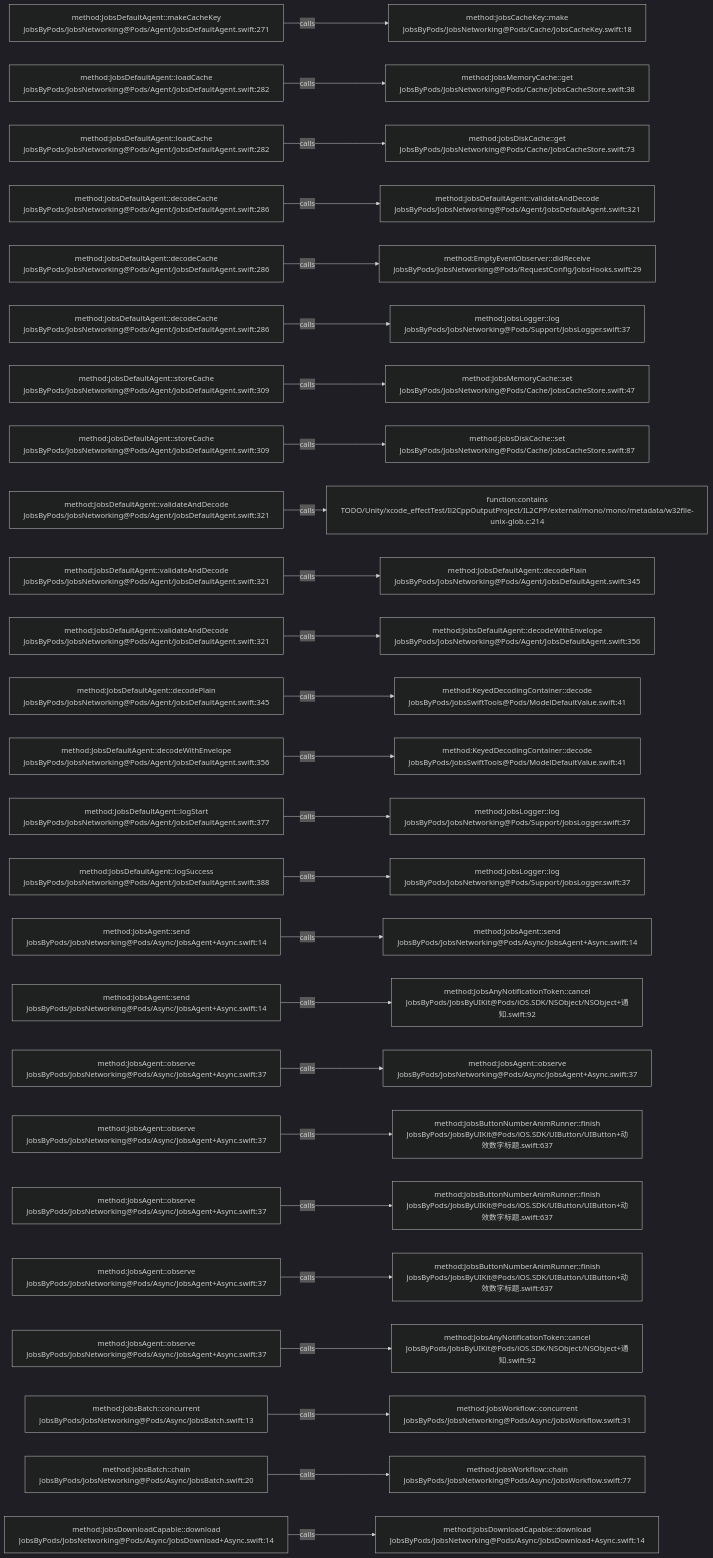
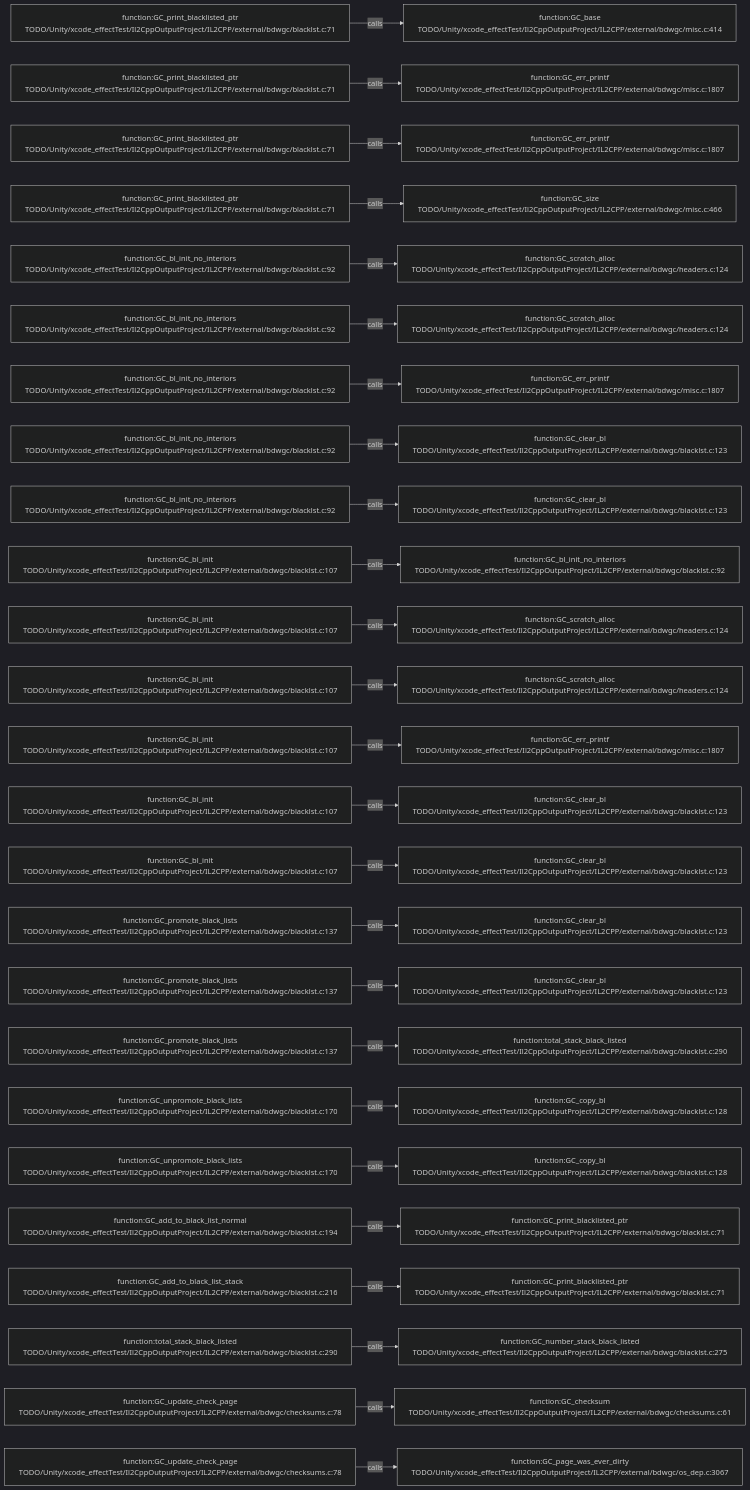
Before and after one commit to JobsKits/JobsSwiftBaseConfigDemo: the diagram in .codegraph/codegraph.md/graphs/calls-149.md, drawn with Mermaid (dark theme). The commit also changed 569 other files, not shown here.

````diff
--- a/.codegraph/codegraph.md/graphs/calls-149.md
+++ b/.codegraph/codegraph.md/graphs/calls-149.md
@@ -13,78 +13,78 @@
 ```mermaid
 flowchart LR
-  S1["method:JobsDefaultAgent::makeCacheKey<br/>JobsByPods/JobsNetworking@Pods/Agent/JobsDefaultAgent.swift:271"]
-  T1["method:JobsCacheKey::make<br/>JobsByPods/JobsNetworking@Pods/Cache/JobsCacheKey.swift:18"]
+  S1["function:GC_print_blacklisted_ptr<br/>TODO/Unity/xcode_effectTest/Il2CppOutputProject/IL2CPP/external/bdwgc/blacklst.c:71"]
+  T1["function:GC_base<br/>TODO/Unity/xcode_effectTest/Il2CppOutputProject/IL2CPP/external/bdwgc/misc.c:414"]
   S1 -->|calls| T1
-  S2["method:JobsDefaultAgent::loadCache<br/>JobsByPods/JobsNetworking@Pods/Agent/JobsDefaultAgent.swift:282"]
-  T2["method:JobsMemoryCache::get<br/>JobsByPods/JobsNetworking@Pods/Cache/JobsCacheStore.swift:38"]
+  S2["function:GC_print_blacklisted_ptr<br/>TODO/Unity/xcode_effectTest/Il2CppOutputProject/IL2CPP/external/bdwgc/blacklst.c:71"]
+  T2["function:GC_err_printf<br/>TODO/Unity/xcode_effectTest/Il2CppOutputProject/IL2CPP/external/bdwgc/misc.c:1807"]
   S2 -->|calls| T2
-  S3["method:JobsDefaultAgent::loadCache<br/>JobsByPods/JobsNetworking@Pods/Agent/JobsDefaultAgent.swift:282"]
-  T3["method:JobsDiskCache::get<br/>JobsByPods/JobsNetworking@Pods/Cache/JobsCacheStore.swift:73"]
+  S3["function:GC_print_blacklisted_ptr<br/>TODO/Unity/xcode_effectTest/Il2CppOutputProject/IL2CPP/external/bdwgc/blacklst.c:71"]
+  T3["function:GC_err_printf<br/>TODO/Unity/xcode_effectTest/Il2CppOutputProject/IL2CPP/external/bdwgc/misc.c:1807"]
   S3 -->|calls| T3
-  S4["method:JobsDefaultAgent::decodeCache<br/>JobsByPods/JobsNetworking@Pods/Agent/JobsDefaultAgent.swift:286"]
-  T4["method:JobsDefaultAgent::validateAndDecode<br/>JobsByPods/JobsNetworking@Pods/Agent/JobsDefaultAgent.swift:321"]
+  S4["function:GC_print_blacklisted_ptr<br/>TODO/Unity/xcode_effectTest/Il2CppOutputProject/IL2CPP/external/bdwgc/blacklst.c:71"]
+  T4["function:GC_size<br/>TODO/Unity/xcode_effectTest/Il2CppOutputProject/IL2CPP/external/bdwgc/misc.c:466"]
   S4 -->|calls| T4
-  S5["method:JobsDefaultAgent::decodeCache<br/>JobsByPods/JobsNetworking@Pods/Agent/JobsDefaultAgent.swift:286"]
-  T5["method:EmptyEventObserver::didReceive<br/>JobsByPods/JobsNetworking@Pods/RequestConfig/JobsHooks.swift:29"]
+  S5["function:GC_bl_init_no_interiors<br/>TODO/Unity/xcode_effectTest/Il2CppOutputProject/IL2CPP/external/bdwgc/blacklst.c:92"]
+  T5["function:GC_scratch_alloc<br/>TODO/Unity/xcode_effectTest/Il2CppOutputProject/IL2CPP/external/bdwgc/headers.c:124"]
   S5 -->|calls| T5
-  S6["method:JobsDefaultAgent::decodeCache<br/>JobsByPods/JobsNetworking@Pods/Agent/JobsDefaultAgent.swift:286"]
-  T6["method:JobsLogger::log<br/>JobsByPods/JobsNetworking@Pods/Support/JobsLogger.swift:37"]
+  S6["function:GC_bl_init_no_interiors<br/>TODO/Unity/xcode_effectTest/Il2CppOutputProject/IL2CPP/external/bdwgc/blacklst.c:92"]
+  T6["function:GC_scratch_alloc<br/>TODO/Unity/xcode_effectTest/Il2CppOutputProject/IL2CPP/external/bdwgc/headers.c:124"]
   S6 -->|calls| T6
-  S7["method:JobsDefaultAgent::storeCache<br/>JobsByPods/JobsNetworking@Pods/Agent/JobsDefaultAgent.swift:309"]
-  T7["method:JobsMemoryCache::set<br/>JobsByPods/JobsNetworking@Pods/Cache/JobsCacheStore.swift:47"]
+  S7["function:GC_bl_init_no_interiors<br/>TODO/Unity/xcode_effectTest/Il2CppOutputProject/IL2CPP/external/bdwgc/blacklst.c:92"]
+  T7["function:GC_err_printf<br/>TODO/Unity/xcode_effectTest/Il2CppOutputProject/IL2CPP/external/bdwgc/misc.c:1807"]
   S7 -->|calls| T7
-  S8["method:JobsDefaultAgent::storeCache<br/>JobsByPods/JobsNetworking@Pods/Agent/JobsDefaultAgent.swift:309"]
-  T8["method:JobsDiskCache::set<br/>JobsByPods/JobsNetworking@Pods/Cache/JobsCacheStore.swift:87"]
+  S8["function:GC_bl_init_no_interiors<br/>TODO/Unity/xcode_effectTest/Il2CppOutputProject/IL2CPP/external/bdwgc/blacklst.c:92"]
+  T8["function:GC_clear_bl<br/>TODO/Unity/xcode_effectTest/Il2CppOutputProject/IL2CPP/external/bdwgc/blacklst.c:123"]
   S8 -->|calls| T8
-  S9["method:JobsDefaultAgent::validateAndDecode<br/>JobsByPods/JobsNetworking@Pods/Agent/JobsDefaultAgent.swift:321"]
-  T9["function:contains<br/>TODO/Unity/xcode_effectTest/Il2CppOutputProject/IL2CPP/external/mono/mono/metadata/w32file-unix-glob.c:214"]
+  S9["function:GC_bl_init_no_interiors<br/>TODO/Unity/xcode_effectTest/Il2CppOutputProject/IL2CPP/external/bdwgc/blacklst.c:92"]
+  T9["function:GC_clear_bl<br/>TODO/Unity/xcode_effectTest/Il2CppOutputProject/IL2CPP/external/bdwgc/blacklst.c:123"]
   S9 -->|calls| T9
-  S10["method:JobsDefaultAgent::validateAndDecode<br/>JobsByPods/JobsNetworking@Pods/Agent/JobsDefaultAgent.swift:321"]
-  T10["method:JobsDefaultAgent::decodePlain<br/>JobsByPods/JobsNetworking@Pods/Agent/JobsDefaultAgent.swift:345"]
+  S10["function:GC_bl_init<br/>TODO/Unity/xcode_effectTest/Il2CppOutputProject/IL2CPP/external/bdwgc/blacklst.c:107"]
+  T10["function:GC_bl_init_no_interiors<br/>TODO/Unity/xcode_effectTest/Il2CppOutputProject/IL2CPP/external/bdwgc/blacklst.c:92"]
   S10 -->|calls| T10
-  S11["method:JobsDefaultAgent::validateAndDecode<br/>JobsByPods/JobsNetworking@Pods/Agent/JobsDefaultAgent.swift:321"]
-  T11["method:JobsDefaultAgent::decodeWithEnvelope<br/>JobsByPods/JobsNetworking@Pods/Agent/JobsDefaultAgent.swift:356"]
+  S11["function:GC_bl_init<br/>TODO/Unity/xcode_effectTest/Il2CppOutputProject/IL2CPP/external/bdwgc/blacklst.c:107"]
+  T11["function:GC_scratch_alloc<br/>TODO/Unity/xcode_effectTest/Il2CppOutputProject/IL2CPP/external/bdwgc/headers.c:124"]
   S11 -->|calls| T11
-  S12["method:JobsDefaultAgent::decodePlain<br/>JobsByPods/JobsNetworking@Pods/Agent/JobsDefaultAgent.swift:345"]
-  T12["method:KeyedDecodingContainer::decode<br/>JobsByPods/JobsSwiftTools@Pods/ModelDefaultValue.swift:41"]
+  S12["function:GC_bl_init<br/>TODO/Unity/xcode_effectTest/Il2CppOutputProject/IL2CPP/external/bdwgc/blacklst.c:107"]
+  T12["function:GC_scratch_alloc<br/>TODO/Unity/xcode_effectTest/Il2CppOutputProject/IL2CPP/external/bdwgc/headers.c:124"]
   S12 -->|calls| T12
-  S13["method:JobsDefaultAgent::decodeWithEnvelope<br/>JobsByPods/JobsNetworking@Pods/Agent/JobsDefaultAgent.swift:356"]
-  T13["method:KeyedDecodingContainer::decode<br/>JobsByPods/JobsSwiftTools@Pods/ModelDefaultValue.swift:41"]
+  S13["function:GC_bl_init<br/>TODO/Unity/xcode_effectTest/Il2CppOutputProject/IL2CPP/external/bdwgc/blacklst.c:107"]
+  T13["function:GC_err_printf<br/>TODO/Unity/xcode_effectTest/Il2CppOutputProject/IL2CPP/external/bdwgc/misc.c:1807"]
   S13 -->|calls| T13
-  S14["method:JobsDefaultAgent::logStart<br/>JobsByPods/JobsNetworking@Pods/Agent/JobsDefaultAgent.swift:377"]
-  T14["method:JobsLogger::log<br/>JobsByPods/JobsNetworking@Pods/Support/JobsLogger.swift:37"]
+  S14["function:GC_bl_init<br/>TODO/Unity/xcode_effectTest/Il2CppOutputProject/IL2CPP/external/bdwgc/blacklst.c:107"]
+  T14["function:GC_clear_bl<br/>TODO/Unity/xcode_effectTest/Il2CppOutputProject/IL2CPP/external/bdwgc/blacklst.c:123"]
   S14 -->|calls| T14
-  S15["method:JobsDefaultAgent::logSuccess<br/>JobsByPods/JobsNetworking@Pods/Agent/JobsDefaultAgent.swift:388"]
-  T15["method:JobsLogger::log<br/>JobsByPods/JobsNetworking@Pods/Support/JobsLogger.swift:37"]
+  S15["function:GC_bl_init<br/>TODO/Unity/xcode_effectTest/Il2CppOutputProject/IL2CPP/external/bdwgc/blacklst.c:107"]
+  T15["function:GC_clear_bl<br/>TODO/Unity/xcode_effectTest/Il2CppOutputProject/IL2CPP/external/bdwgc/blacklst.c:123"]
   S15 -->|calls| T15
-  S16["method:JobsAgent::send<br/>JobsByPods/JobsNetworking@Pods/Async/JobsAgent+Async.swift:14"]
-  T16["method:JobsAgent::send<br/>JobsByPods/JobsNetworking@Pods/Async/JobsAgent+Async.swift:14"]
+  S16["function:GC_promote_black_lists<br/>TODO/Unity/xcode_effectTest/Il2CppOutputProject/IL2CPP/external/bdwgc/blacklst.c:137"]
+  T16["function:GC_clear_bl<br/>TODO/Unity/xcode_effectTest/Il2CppOutputProject/IL2CPP/external/bdwgc/blacklst.c:123"]
   S16 -->|calls| T16
-  S17["method:JobsAgent::send<br/>JobsByPods/JobsNetworking@Pods/Async/JobsAgent+Async.swift:14"]
-  T17["method:JobsAnyNotificationToken::cancel<br/>JobsByPods/JobsByUIKit@Pods/iOS.SDK/NSObject/NSObject+通知.swift:92"]
+  S17["function:GC_promote_black_lists<br/>TODO/Unity/xcode_effectTest/Il2CppOutputProject/IL2CPP/external/bdwgc/blacklst.c:137"]
+  T17["function:GC_clear_bl<br/>TODO/Unity/xcode_effectTest/Il2CppOutputProject/IL2CPP/external/bdwgc/blacklst.c:123"]
   S17 -->|calls| T17
-  S18["method:JobsAgent::observe<br/>JobsByPods/JobsNetworking@Pods/Async/JobsAgent+Async.swift:37"]
-  T18["method:JobsAgent::observe<br/>JobsByPods/JobsNetworking@Pods/Async/JobsAgent+Async.swift:37"]
+  S18["function:GC_promote_black_lists<br/>TODO/Unity/xcode_effectTest/Il2CppOutputProject/IL2CPP/external/bdwgc/blacklst.c:137"]
+  T18["function:total_stack_black_listed<br/>TODO/Unity/xcode_effectTest/Il2CppOutputProject/IL2CPP/external/bdwgc/blacklst.c:290"]
   S18 -->|calls| T18
-  S19["method:JobsAgent::observe<br/>JobsByPods/JobsNetworking@Pods/Async/JobsAgent+Async.swift:37"]
-  T19["method:JobsButtonNumberAnimRunner::finish<br/>JobsByPods/JobsByUIKit@Pods/iOS.SDK/UIButton/UIButton+动效数字标题.swift:637"]
+  S19["function:GC_unpromote_black_lists<br/>TODO/Unity/xcode_effectTest/Il2CppOutputProject/IL2CPP/external/bdwgc/blacklst.c:170"]
+  T19["function:GC_copy_bl<br/>TODO/Unity/xcode_effectTest/Il2CppOutputProject/IL2CPP/external/bdwgc/blacklst.c:128"]
   S19 -->|calls| T19
-  S20["method:JobsAgent::observe<br/>JobsByPods/JobsNetworking@Pods/Async/JobsAgent+Async.swift:37"]
-  T20["method:JobsButtonNumberAnimRunner::finish<br/>JobsByPods/JobsByUIKit@Pods/iOS.SDK/UIButton/UIButton+动效数字标题.swift:637"]
+  S20["function:GC_unpromote_black_lists<br/>TODO/Unity/xcode_effectTest/Il2CppOutputProject/IL2CPP/external/bdwgc/blacklst.c:170"]
+  T20["function:GC_copy_bl<br/>TODO/Unity/xcode_effectTest/Il2CppOutputProject/IL2CPP/external/bdwgc/blacklst.c:128"]
   S20 -->|calls| T20
-  S21["method:JobsAgent::observe<br/>JobsByPods/JobsNetworking@Pods/Async/JobsAgent+Async.swift:37"]
-  T21["method:JobsButtonNumberAnimRunner::finish<br/>JobsByPods/JobsByUIKit@Pods/iOS.SDK/UIButton/UIButton+动效数字标题.swift:637"]
+  S21["function:GC_add_to_black_list_normal<br/>TODO/Unity/xcode_effectTest/Il2CppOutputProject/IL2CPP/external/bdwgc/blacklst.c:194"]
+  T21["function:GC_print_blacklisted_ptr<br/>TODO/Unity/xcode_effectTest/Il2CppOutputProject/IL2CPP/external/bdwgc/blacklst.c:71"]
   S21 -->|calls| T21
-  S22["method:JobsAgent::observe<br/>JobsByPods/JobsNetworking@Pods/Async/JobsAgent+Async.swift:37"]
-  T22["method:JobsAnyNotificationToken::cancel<br/>JobsByPods/JobsByUIKit@Pods/iOS.SDK/NSObject/NSObject+通知.swift:92"]
+  S22["function:GC_add_to_black_list_stack<br/>TODO/Unity/xcode_effectTest/Il2CppOutputProject/IL2CPP/external/bdwgc/blacklst.c:216"]
+  T22["function:GC_print_blacklisted_ptr<br/>TODO/Unity/xcode_effectTest/Il2CppOutputProject/IL2CPP/external/bdwgc/blacklst.c:71"]
   S22 -->|calls| T22
-  S23["method:JobsBatch::concurrent<br/>JobsByPods/JobsNetworking@Pods/Async/JobsBatch.swift:13"]
-  T23["method:JobsWorkflow::concurrent<br/>JobsByPods/JobsNetworking@Pods/Async/JobsWorkflow.swift:31"]
+  S23["function:total_stack_black_listed<br/>TODO/Unity/xcode_effectTest/Il2CppOutputProject/IL2CPP/external/bdwgc/blacklst.c:290"]
+  T23["function:GC_number_stack_black_listed<br/>TODO/Unity/xcode_effectTest/Il2CppOutputProject/IL2CPP/external/bdwgc/blacklst.c:275"]
   S23 -->|calls| T23
-  S24["method:JobsBatch::chain<br/>JobsByPods/JobsNetworking@Pods/Async/JobsBatch.swift:20"]
-  T24["method:JobsWorkflow::chain<br/>JobsByPods/JobsNetworking@Pods/Async/JobsWorkflow.swift:77"]
+  S24["function:GC_update_check_page<br/>TODO/Unity/xcode_effectTest/Il2CppOutputProject/IL2CPP/external/bdwgc/checksums.c:78"]
+  T24["function:GC_checksum<br/>TODO/Unity/xcode_effectTest/Il2CppOutputProject/IL2CPP/external/bdwgc/checksums.c:61"]
   S24 -->|calls| T24
-  S25["method:JobsDownloadCapable::download<br/>JobsByPods/JobsNetworking@Pods/Async/JobsDownload+Async.swift:14"]
-  T25["method:JobsDownloadCapable::download<br/>JobsByPods/JobsNetworking@Pods/Async/JobsDownload+Async.swift:14"]
+  S25["function:GC_update_check_page<br/>TODO/Unity/xcode_effectTest/Il2CppOutputProject/IL2CPP/external/bdwgc/checksums.c:78"]
+  T25["function:GC_page_was_ever_dirty<br/>TODO/Unity/xcode_effectTest/Il2CppOutputProject/IL2CPP/external/bdwgc/os_dep.c:3067"]
   S25 -->|calls| T25
 ```
````
